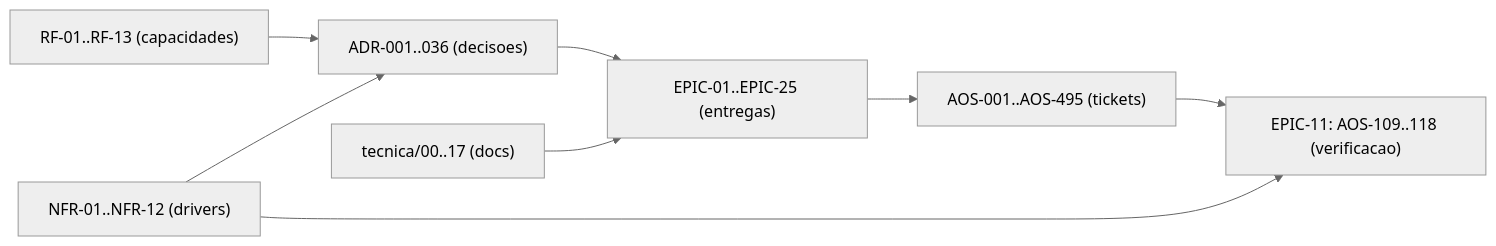
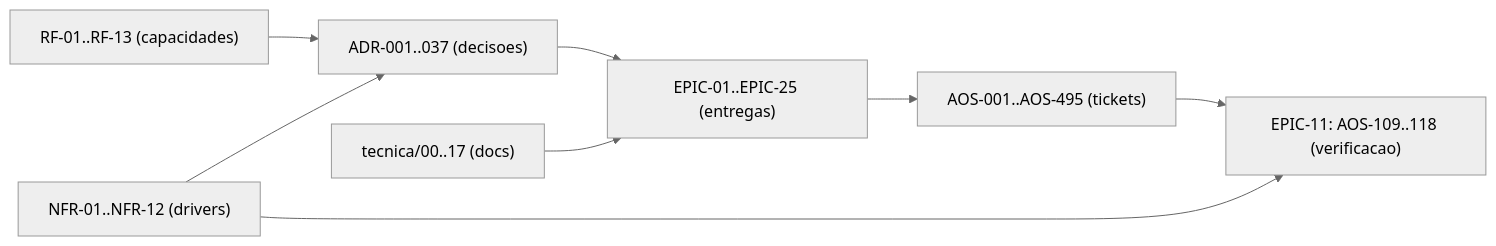
Before and after one commit to albinoJimy/aos: the diagram in tecnica/16_Rastreabilidade_RTM.md, drawn with Mermaid (neutral theme). The commit also changed other lines of this file and 7 other files, not shown here.

````diff
--- a/tecnica/16_Rastreabilidade_RTM.md
+++ b/tecnica/16_Rastreabilidade_RTM.md
@@ -203,10 +205,10 @@
 ```mermaid
 flowchart LR
-    RF["RF-01..RF-13 (capacidades)"] --> ADR["ADR-001..036 (decisoes)"]
+    RF["RF-01..RF-13 (capacidades)"] --> ADR["ADR-001..037 (decisoes)"]
     NFR["NFR-01..NFR-12 (drivers)"] --> ADR
     ADR --> EPIC["EPIC-01..EPIC-25 (entregas)"]
     EPIC --> TICK["AOS-001..AOS-495 (tickets)"]
     DOC["tecnica/00..17 (docs)"] --> EPIC
     TICK --> TEST["EPIC-11: AOS-109..118 (verificacao)"]
     NFR --> TEST
 ```
````
